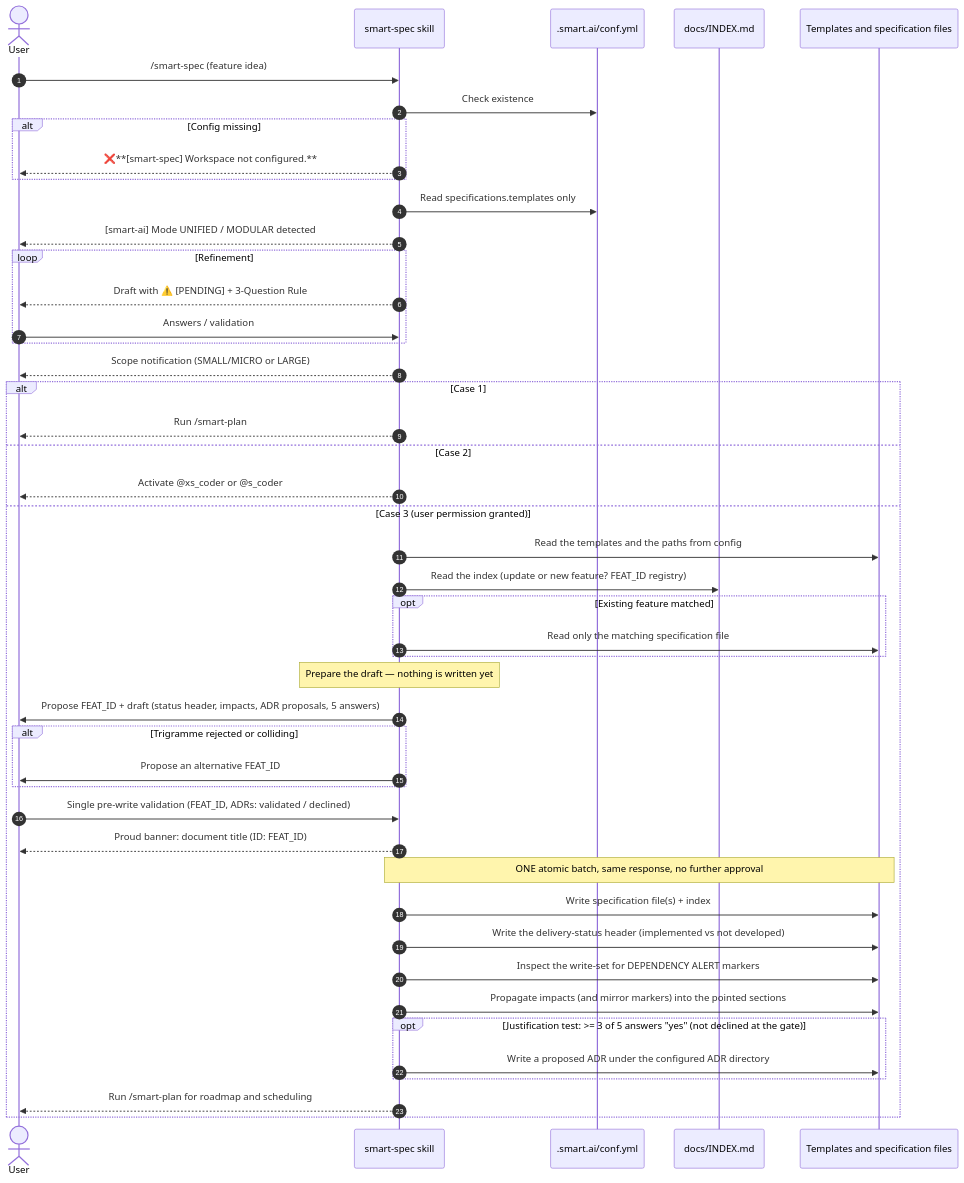
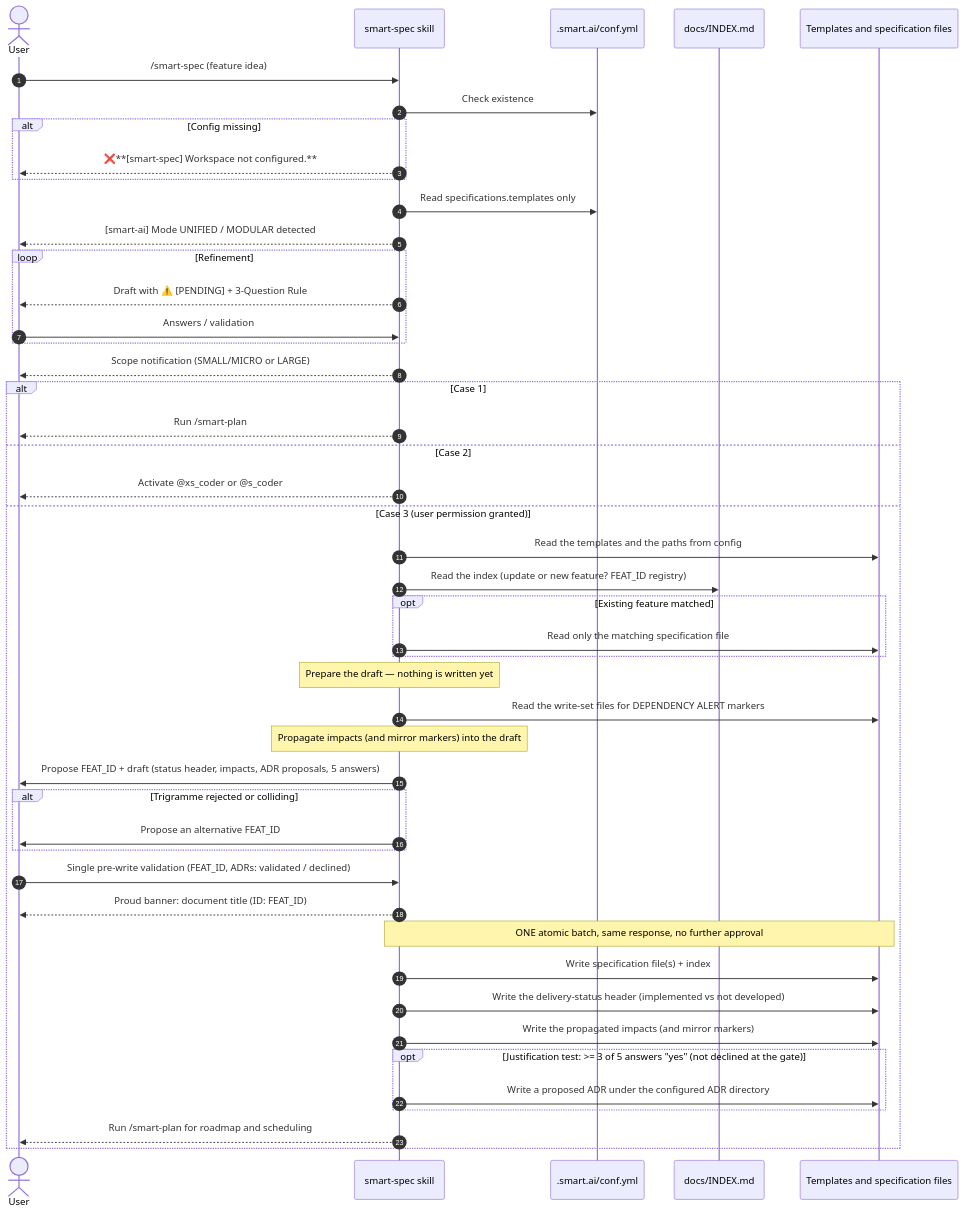
Before and after one commit to fletort/smart-ai-factory: the second of 2 diagrams in docs/specs/smart-spec.md, drawn with Mermaid. The commit also changed other lines of this file and 1 other file, not shown here.

````diff
--- a/docs/specs/smart-spec.md
+++ b/docs/specs/smart-spec.md
@@ -293,49 +294,50 @@
   ```mermaid
   sequenceDiagram
       autonumber
       actor User
       participant Skill as smart-spec skill
       participant Cfg as .smart.ai/conf.yml
       participant Idx as docs/INDEX.md
       participant Specs as Templates and specification files
 
       User->>Skill: /smart-spec (feature idea)
       Skill->>Cfg: Check existence
       alt Config missing
           Skill-->>User: ❌**[smart-spec] Workspace not configured.**
       end
       Skill->>Cfg: Read specifications.templates only
       Skill-->>User: [smart-ai] Mode UNIFIED / MODULAR detected
       loop Refinement
           Skill-->>User: Draft with ⚠️ [PENDING] + 3-Question Rule
           User->>Skill: Answers / validation
       end
       Skill-->>User: Scope notification (SMALL/MICRO or LARGE)
       alt Case 1
           Skill-->>User: Run /smart-plan
       else Case 2
           Skill-->>User: Activate @xs_coder or @s_coder
       else Case 3 (user permission granted)
           Skill->>Specs: Read the templates and the paths from config
           Skill->>Idx: Read the index (update or new feature? FEAT_ID registry)
           opt Existing feature matched
               Skill->>Specs: Read only the matching specification file
           end
           Note over Skill: Prepare the draft — nothing is written yet
+          Skill->>Specs: Read the write-set files for DEPENDENCY ALERT markers
+          Note over Skill: Propagate impacts (and mirror markers) into the draft
           Skill->>User: Propose FEAT_ID + draft (status header, impacts, ADR proposals, 5 answers)
           alt Trigramme rejected or colliding
               Skill->>User: Propose an alternative FEAT_ID
           end
           User->>Skill: Single pre-write validation (FEAT_ID, ADRs: validated / declined)
           Skill-->>User: Proud banner: document title (ID: FEAT_ID)
           Note over Skill,Specs: ONE atomic batch, same response, no further approval
           Skill->>Specs: Write specification file(s) + index
           Skill->>Specs: Write the delivery-status header (implemented vs not developed)
-          Skill->>Specs: Inspect the write-set for DEPENDENCY ALERT markers
-          Skill->>Specs: Propagate impacts (and mirror markers) into the pointed sections
+          Skill->>Specs: Write the propagated impacts (and mirror markers)
           opt Justification test: >= 3 of 5 answers "yes" (not declined at the gate)
               Skill->>Specs: Write a proposed ADR under the configured ADR directory
           end
           Skill-->>User: Run /smart-plan for roadmap and scheduling
       end
   ```
````
